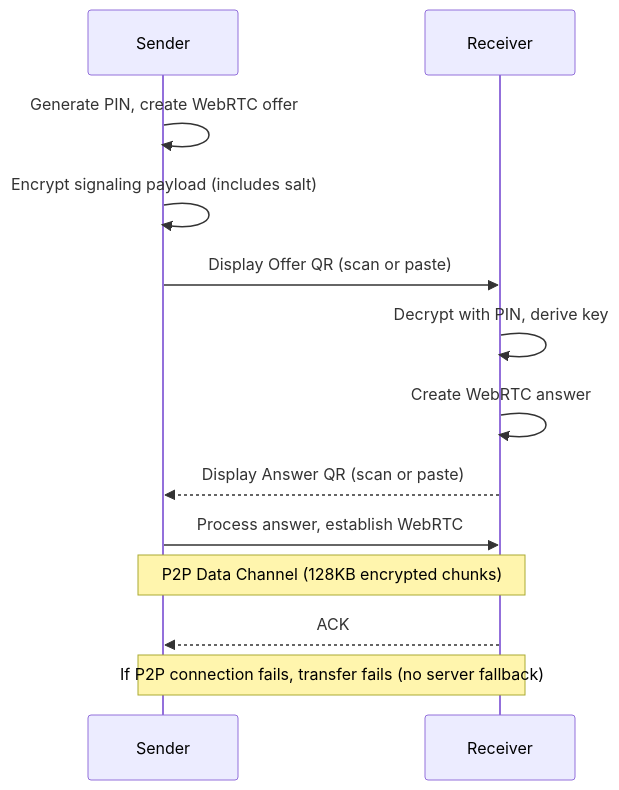
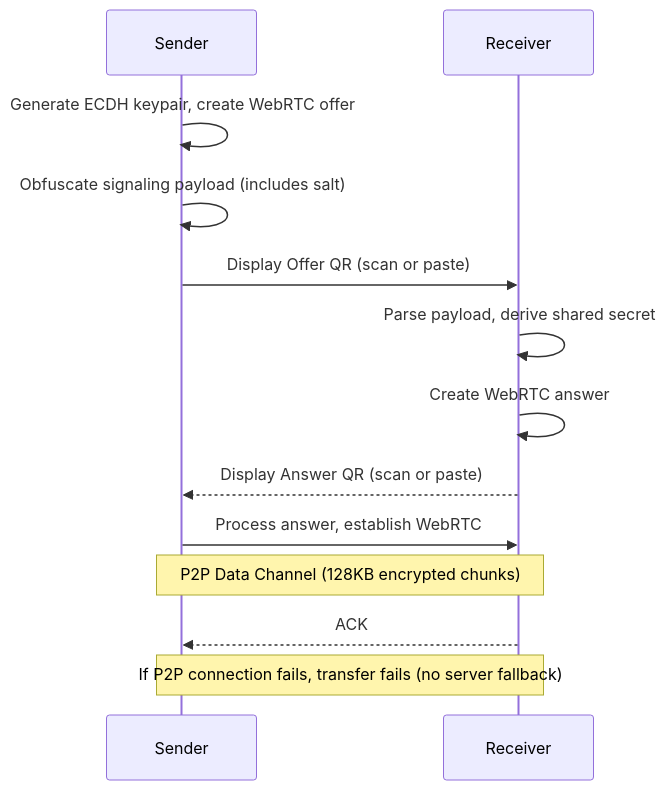
Before and after one commit to andrewtheguy/secure-send-web: the third of 4 diagrams in docs/ARCHITECTURE.md, drawn with Mermaid. The commit also changed other lines of this file and 2 other files, not shown here.

Commit message:
refactor: Update README and architecture documentation for clarity on file and folder transfer features

````diff
--- a/docs/ARCHITECTURE.md
+++ b/docs/ARCHITECTURE.md
@@ -66,15 +66,15 @@
 ```mermaid
 sequenceDiagram
     participant Sender
     participant Receiver
-    Sender->>Sender: Generate PIN, create WebRTC offer
-    Sender->>Sender: Encrypt signaling payload (includes salt)
+    Sender->>Sender: Generate ECDH keypair, create WebRTC offer
+    Sender->>Sender: Obfuscate signaling payload (includes salt)
     Sender->>Receiver: Display Offer QR (scan or paste)
-    Receiver->>Receiver: Decrypt with PIN, derive key
+    Receiver->>Receiver: Parse payload, derive shared secret
     Receiver->>Receiver: Create WebRTC answer
     Receiver-->>Sender: Display Answer QR (scan or paste)
     Sender->>Receiver: Process answer, establish WebRTC
     Note over Sender,Receiver: P2P Data Channel (128KB encrypted chunks)
     Receiver-->>Sender: ACK
     Note over Sender,Receiver: If P2P connection fails, transfer fails (no server fallback)
 ```
````
